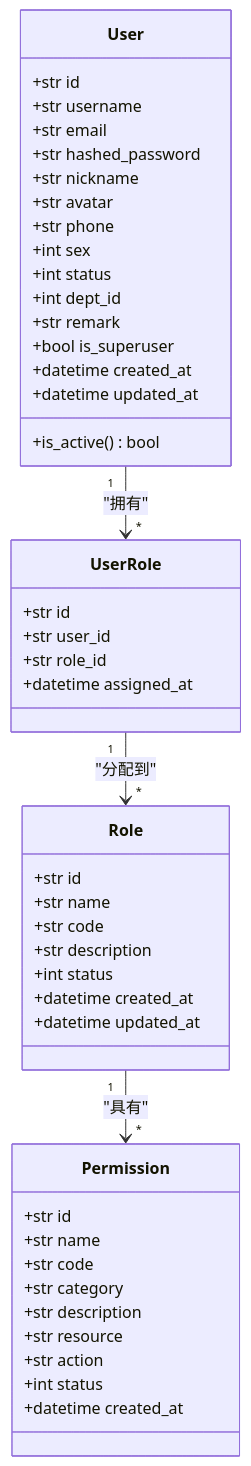
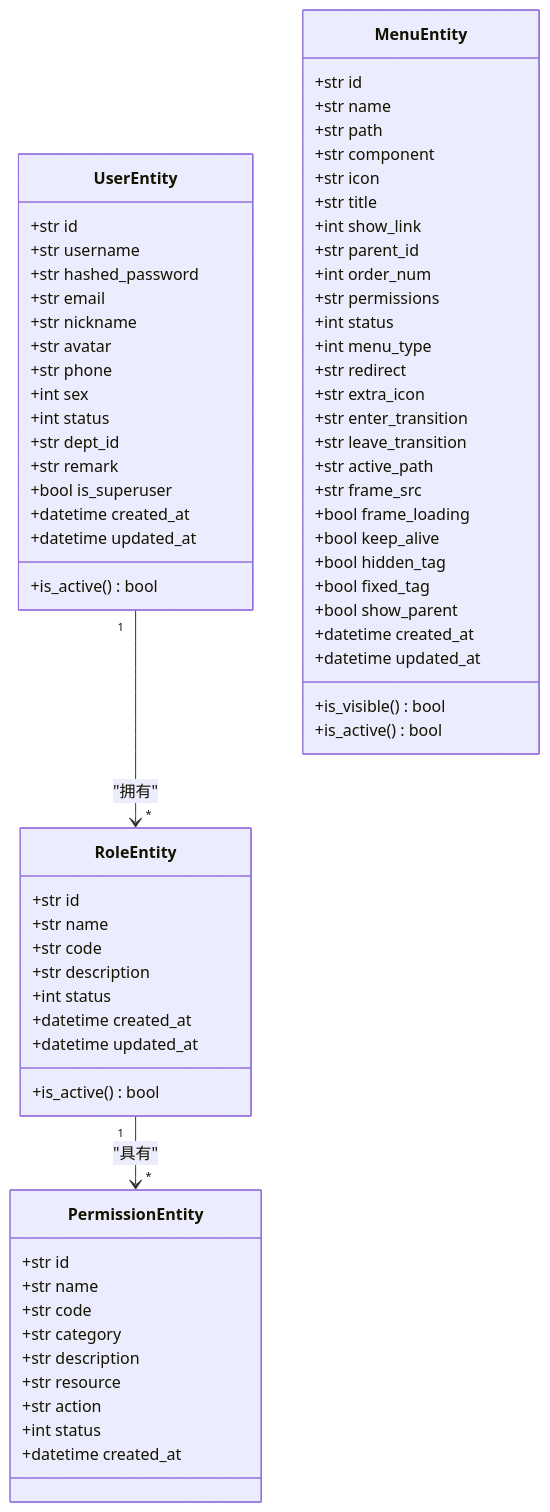
The second of 6 diagrams in .qoder/repowiki/zh/content/用户管理系统/用户模型设计.md (taoweidong/Hello-FastApi), drawn with Mermaid before and after one commit. The commit also changed other lines of this file and 18 other files, not shown here.

````diff
--- a/.qoder/repowiki/zh/content/用户管理系统/用户模型设计.md
+++ b/.qoder/repowiki/zh/content/用户管理系统/用户模型设计.md
@@ -77,49 +93,72 @@
 ```mermaid
 classDiagram
-class User {
+class UserEntity {
 +str id
 +str username
++str hashed_password
 +str email
-+str hashed_password
 +str nickname
 +str avatar
 +str phone
 +int sex
 +int status
-+int dept_id
++str dept_id
 +str remark
 +bool is_superuser
 +datetime created_at
 +datetime updated_at
 +is_active() bool
 }
-class Role {
+class RoleEntity {
 +str id
 +str name
 +str code
 +str description
 +int status
 +datetime created_at
 +datetime updated_at
++is_active() bool
 }
-class UserRole {
-+str id
-+str user_id
-+str role_id
-+datetime assigned_at
-}
-class Permission {
+class PermissionEntity {
 +str id
 +str name
 +str code
 +str category
 +str description
 +str resource
 +str action
 +int status
 +datetime created_at
 }
-User "1" --> "*" UserRole : "拥有"
-UserRole "1" --> "*" Role : "分配到"
-Role "1" --> "*" Permission : "具有"
+class MenuEntity {
++str id
++str name
++str path
++str component
++str icon
++str title
++int show_link
++str parent_id
++int order_num
++str permissions
++int status
++int menu_type
++str redirect
++str extra_icon
++str enter_transition
++str leave_transition
++str active_path
++str frame_src
++bool frame_loading
++bool keep_alive
++bool hidden_tag
++bool fixed_tag
++bool show_parent
++datetime created_at
++datetime updated_at
++is_visible() bool
++is_active() bool
+}
+UserEntity "1" --> "*" RoleEntity : "拥有"
+RoleEntity "1" --> "*" PermissionEntity : "具有"
 ```
````
